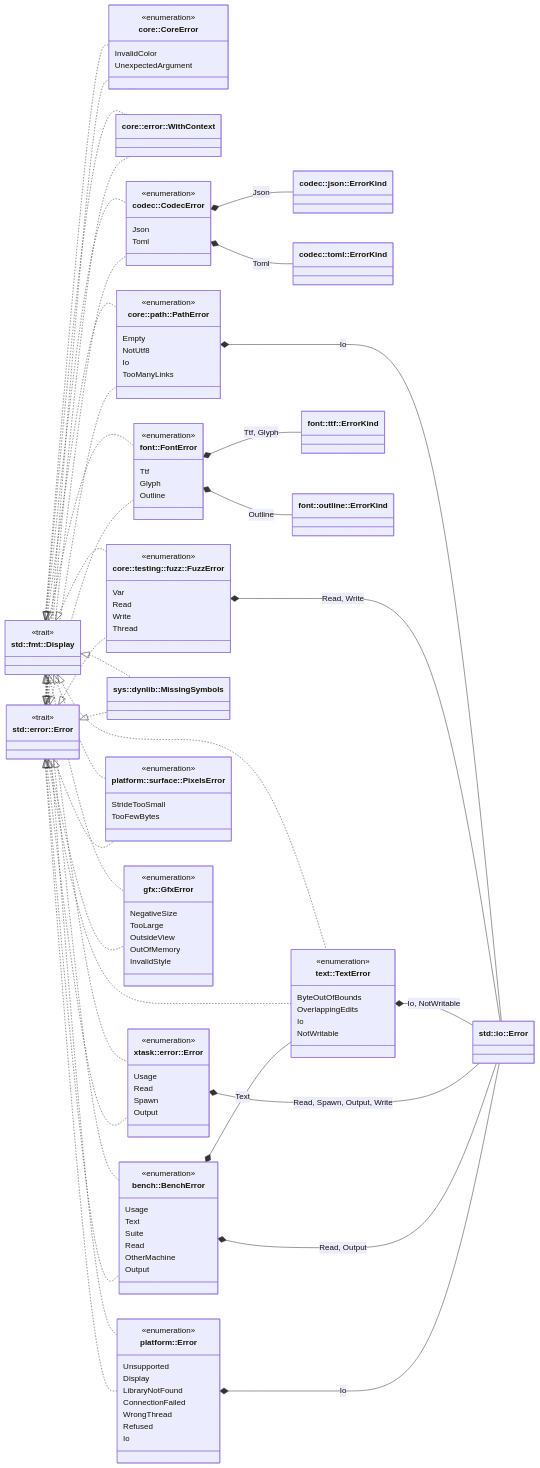
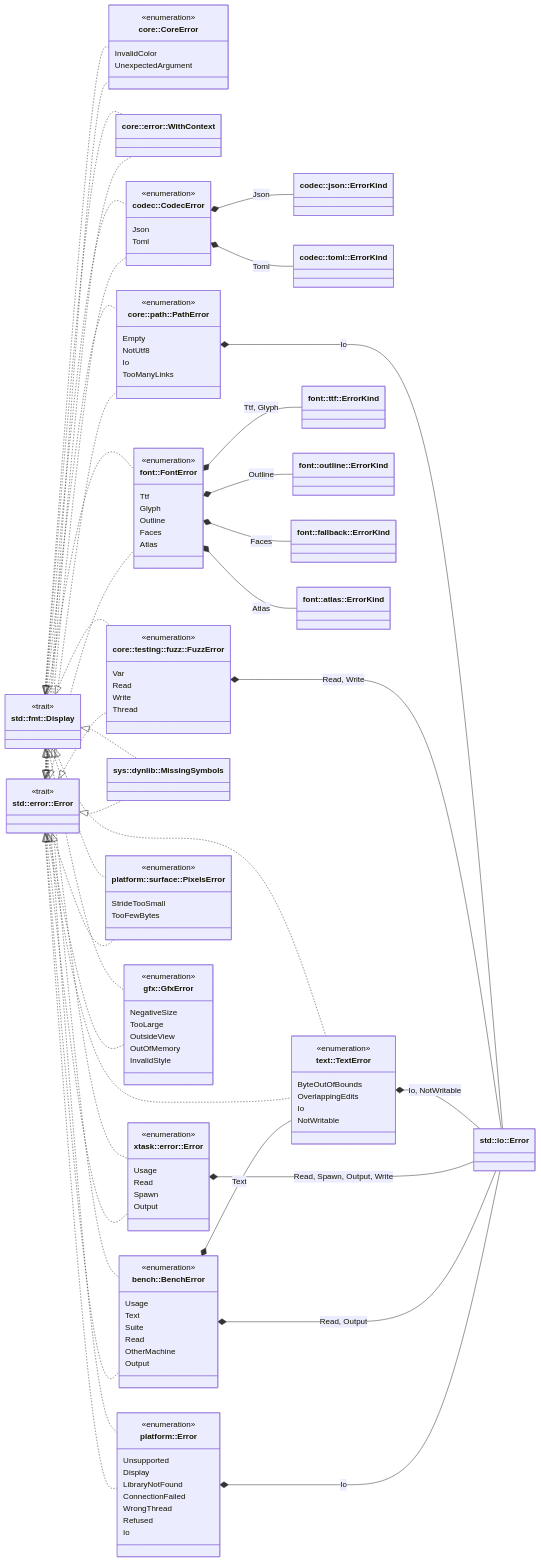
One commit to jabbott-iii/Tidepool changed diagram 40 of 40 in diagrams/class-diagrams.md. Above: the diagram before and after it, drawn with Mermaid. The commit also changed other lines of this file and 33 other files, not shown here.

First line of the commit message:
font: atlas, layout, fallback, bundled faces and glyph goldens (M2.5)

```diff
--- a/diagrams/class-diagrams.md
+++ b/diagrams/class-diagrams.md
@@ -3386,9 +3570,13 @@
         Ttf
         Glyph
         Outline
+        Faces
+        Atlas
     }
     class TtfErrorKind["font::ttf::ErrorKind"]
     class OutlineErrorKind["font::outline::ErrorKind"]
+    class FacesErrorKind["font::fallback::ErrorKind"]
+    class AtlasErrorKind["font::atlas::ErrorKind"]
     class BenchError["bench::BenchError"] {
         <<enumeration>>
         Usage
@@ -3426,6 +3614,8 @@
     StdError <|.. FontError
     FontError *-- TtfErrorKind : Ttf, Glyph
     FontError *-- OutlineErrorKind : Outline
+    FontError *-- FacesErrorKind : Faces
+    FontError *-- AtlasErrorKind : Atlas
     CodecError *-- JsonErrorKind : Json
     CodecError *-- TomlErrorKind : Toml
     PathError *-- IoError : Io
```
